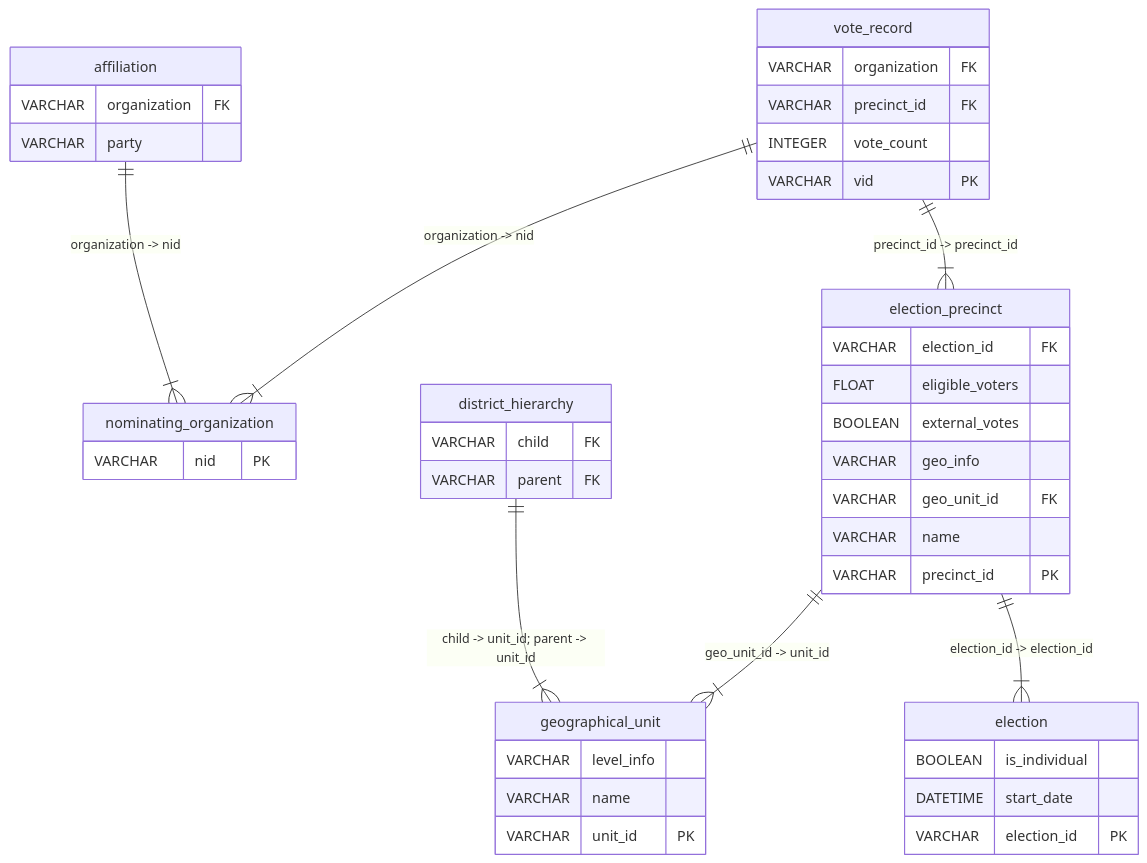
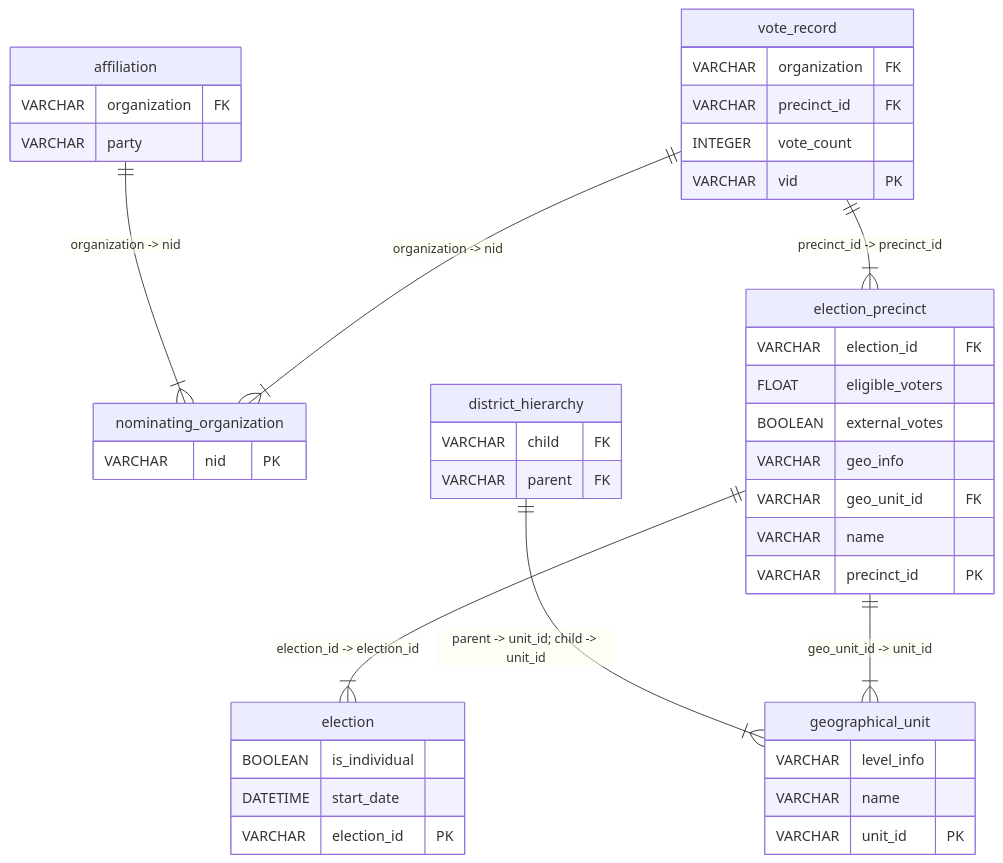
One commit to papsebestyen/explorer changed the diagram in _sources/dataset-pages/hungarian_elections.md. Above: the diagram before and after it, drawn with Mermaid. The commit also changed other lines of this file and 24 other files, not shown here.

````diff
--- a/_sources/dataset-pages/hungarian_elections.md
+++ b/_sources/dataset-pages/hungarian_elections.md
@@ -22,45 +22,45 @@
 ```{mermaid}
 erDiagram
   affiliation {    
     VARCHAR organization FK     
     VARCHAR party  
   }
   nominating_organization {    
     VARCHAR nid PK 
   }
   district_hierarchy {    
     VARCHAR child FK     
     VARCHAR parent FK 
   }
   geographical_unit {    
     VARCHAR level_info      
     VARCHAR name      
     VARCHAR unit_id PK 
   }
   election {    
     BOOLEAN is_individual      
     DATETIME start_date      
     VARCHAR election_id PK 
   }
   election_precinct {    
     VARCHAR election_id FK     
     FLOAT eligible_voters      
     BOOLEAN external_votes      
     VARCHAR geo_info      
     VARCHAR geo_unit_id FK     
     VARCHAR name      
     VARCHAR precinct_id PK 
   }
   vote_record {    
     VARCHAR organization FK     
     VARCHAR precinct_id FK     
     INTEGER vote_count      
     VARCHAR vid PK 
   }
   affiliation ||--|{ nominating_organization : "organization -> nid"
-  district_hierarchy ||--|{ geographical_unit : "child -> unit_id; parent -> unit_id"
+  district_hierarchy ||--|{ geographical_unit : "parent -> unit_id; child -> unit_id"
+  election_precinct ||--|{ election : "election_id -> election_id"
   election_precinct ||--|{ geographical_unit : "geo_unit_id -> unit_id"
-  election_precinct ||--|{ election : "election_id -> election_id"
+  vote_record ||--|{ nominating_organization : "organization -> nid"
   vote_record ||--|{ election_precinct : "precinct_id -> precinct_id"
-  vote_record ||--|{ nominating_organization : "organization -> nid"
 ```
````
